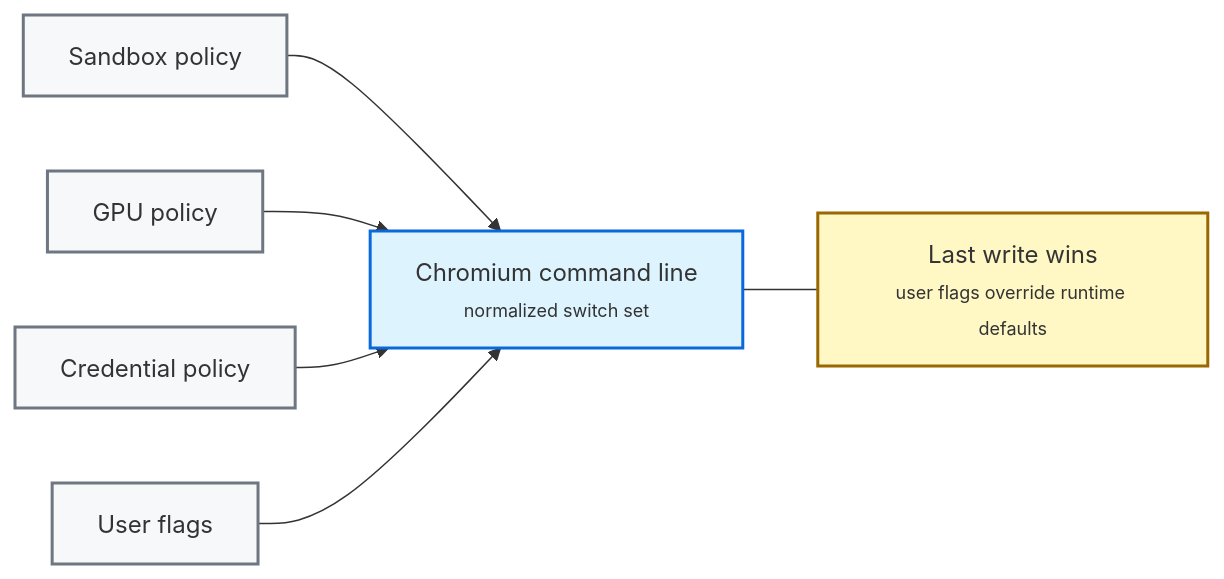
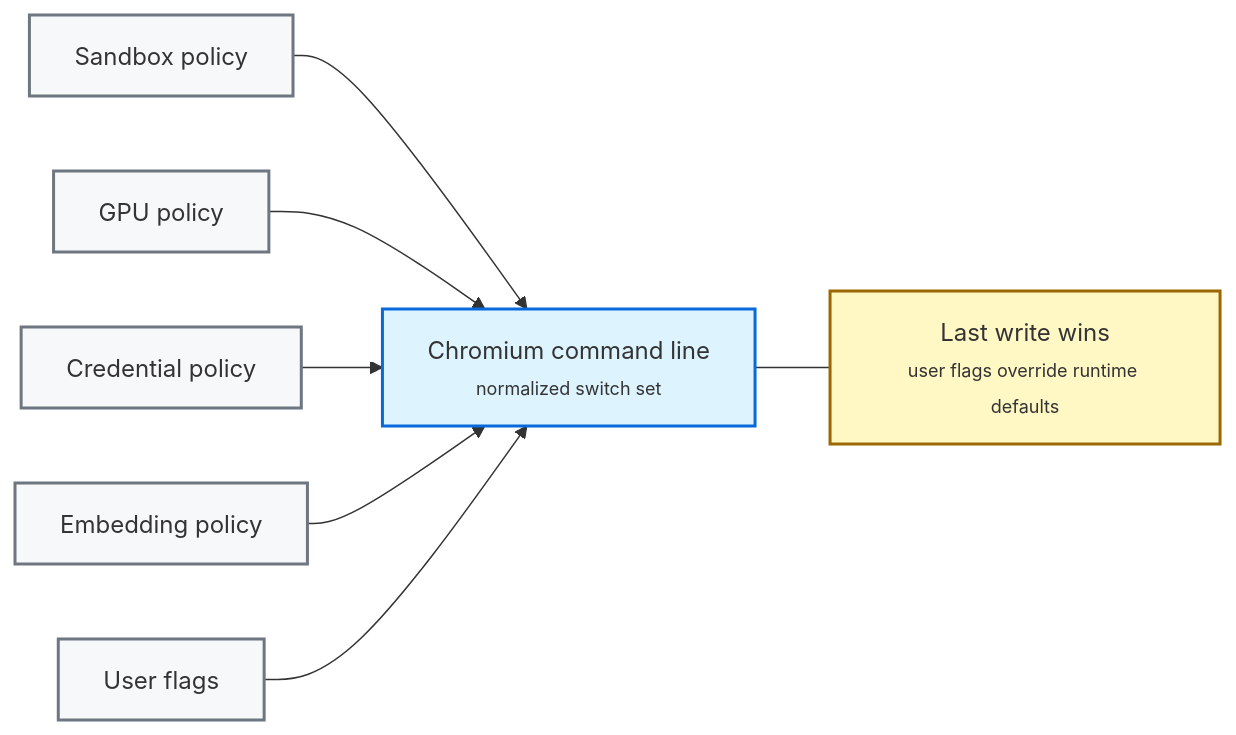
Before and after one commit to 0x48piraj/kurogane: the first of 6 diagrams in ARCHITECTURE.md, drawn with Mermaid. The commit also changed other lines of this file and 13 other files, not shown here.

````diff
--- a/ARCHITECTURE.md
+++ b/ARCHITECTURE.md
@@ -120,26 +125,28 @@
 ```mermaid
 flowchart LR
     A["Sandbox policy"]
     B["GPU policy"]
     C["Credential policy"]
+    F["Embedding policy"]
     D["User flags"]
 
     E["Chromium command line<br/><span style='font-size:12px'>normalized switch set</span>"]
 
     A --> E
     B --> E
     C --> E
+    F --> E
     D --> E
 
     N["Last write wins<br/><span style='font-size:12px'>user flags override runtime defaults</span>"]
 
     E --- N
 
     classDef policy fill:#f6f8fa,stroke:#6e7781,stroke-width:2px;
     classDef command fill:#ddf4ff,stroke:#0969da,stroke-width:2px;
     classDef note fill:#fff8c5,stroke:#9a6700,stroke-width:2px;
 
-    class A,B,C,D policy;
+    class A,B,C,F,D policy;
     class E command;
     class N note;
 ```
````
